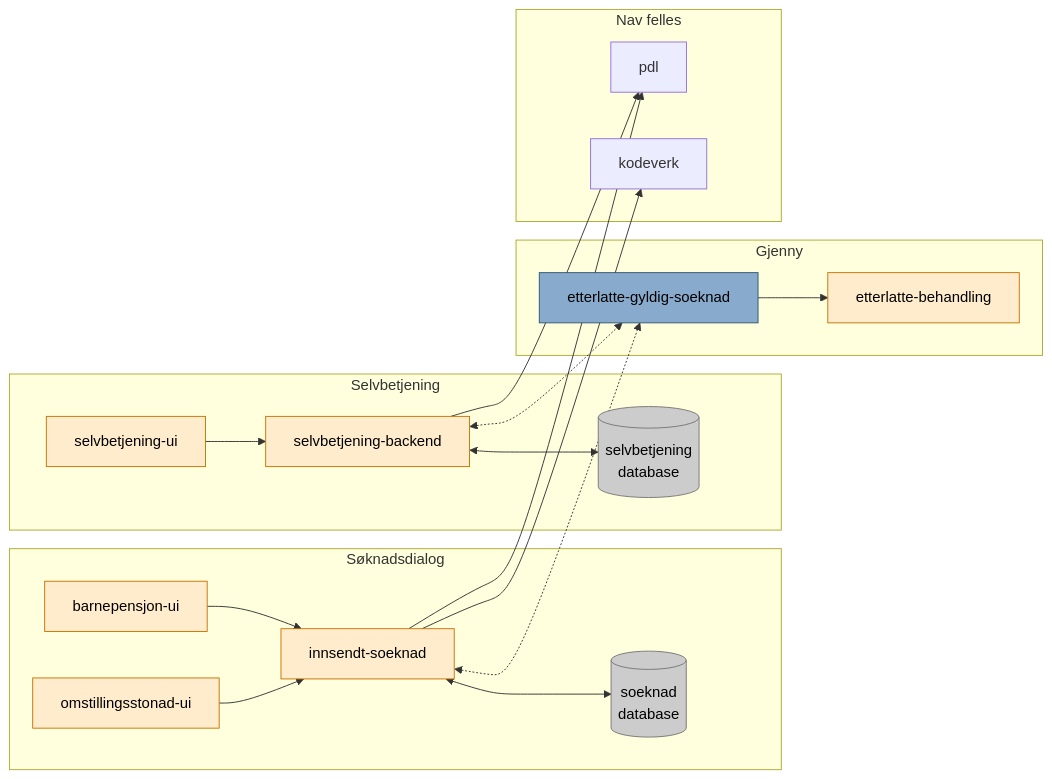
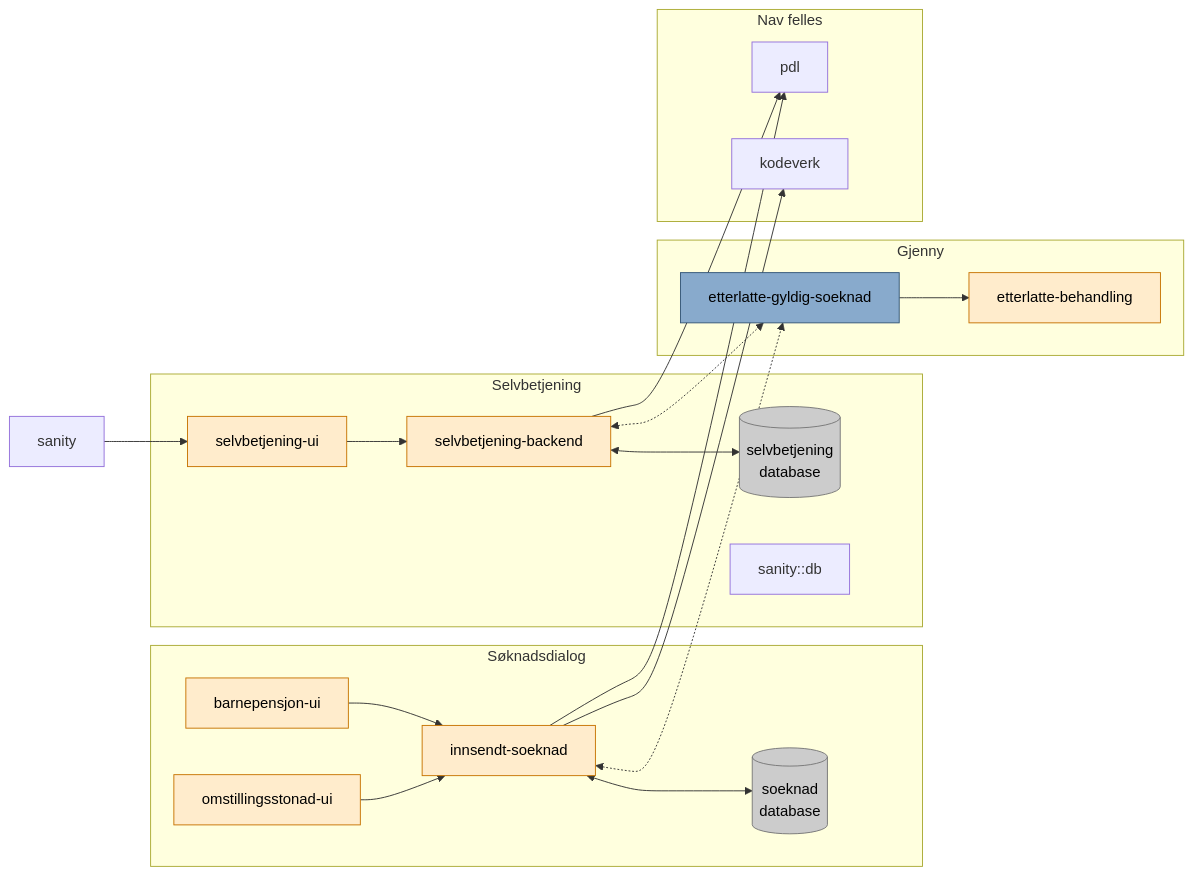
The diagram in README.md (navikt/pensjon-etterlatte), drawn with Mermaid before and after one commit.

````diff
--- a/README.md
+++ b/README.md
@@ -29,46 +29,48 @@
 ```mermaid
 flowchart LR
 
 classDef app fill:#ffeccc,color:#000,stroke:#c77300
 classDef river fill:#88AACC,color:#000,stroke:#335577
 classDef db fill:#ccc,color:#000,stroke:#777
 classDef text fill:none,color:#ddd
 
 barnepensjon-ui --> innsendt-soeknad
 omstillingsstonad-ui --> innsendt-soeknad
 selvbetjening-ui --> selvbetjening-backend
+sanity --> selvbetjening-ui
 
 selvbetjening-backend --> pdl
 selvbetjening-backend <--> selvbetjening-backend-v2[(selvbetjening <br/> database)]
 selvbetjening-backend <-.-> etterlatte-gyldig-soeknad
 
 innsendt-soeknad <-.-> etterlatte-gyldig-soeknad
 etterlatte-gyldig-soeknad --> etterlatte-behandling
 
 innsendt-soeknad --> pdl
 innsendt-soeknad --> kodeverk
 innsendt-soeknad <--> innsendt-soeknad-v2[(soeknad <br/> database)]
 
 subgraph frontend["Søknadsdialog"]
     barnepensjon-ui:::app
     omstillingsstonad-ui:::app
     innsendt-soeknad:::app
     innsendt-soeknad-v2:::db
 end
 
 subgraph selvbetjening["Selvbetjening"]
     selvbetjening-ui:::app
     selvbetjening-backend:::app
     selvbetjening-backend-v2:::db
+    sanity::db
 end
 
 subgraph gjenny["Gjenny"]
     etterlatte-gyldig-soeknad:::river
     etterlatte-behandling:::app
 end
 
 subgraph ekstern["Nav felles"]
     kodeverk
     pdl
 end
 ```
````
